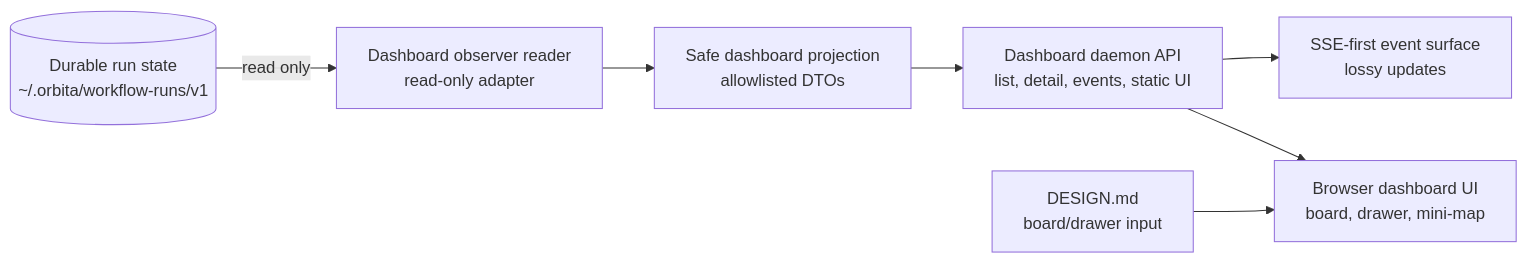
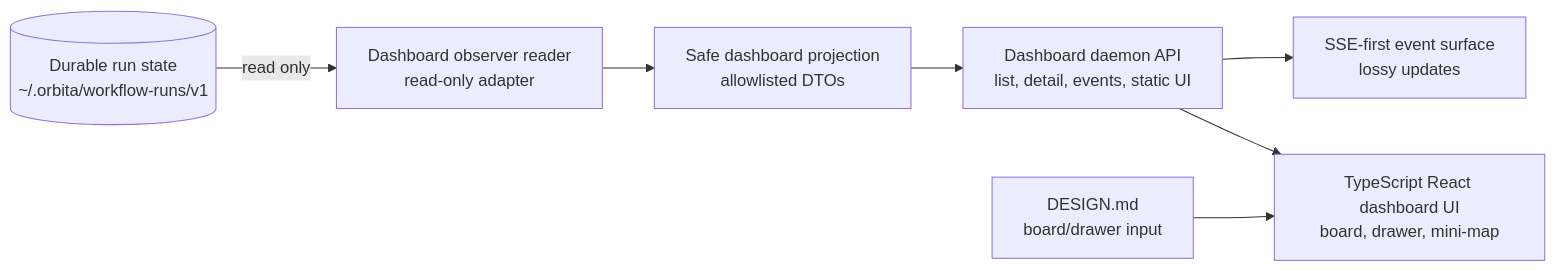
Before and after one commit to MrFlashAccount/UltraSkills: the diagram in skills/orbita/ARCHITECTURE.md, drawn with Mermaid. The commit also changed other lines of this file and 26 other files, not shown here.

Commit message:
Build Orbita dashboard React SPA

````diff
--- a/skills/orbita/ARCHITECTURE.md
+++ b/skills/orbita/ARCHITECTURE.md
@@ -502,17 +511,17 @@
 ```mermaid
 flowchart LR
   runs[(Durable run state\n~/.orbita/workflow-runs/v1)]
   observer[Dashboard observer reader\nread-only adapter]
   projection[Safe dashboard projection\nallowlisted DTOs]
   api[Dashboard daemon API\nlist, detail, events, static UI]
   sse[SSE-first event surface\nlossy updates]
-  ui[Browser dashboard UI\nboard, drawer, mini-map]
+  ui[TypeScript React dashboard UI\nboard, drawer, mini-map]
   design[DESIGN.md\nboard/drawer input]
 
   runs -->|read only| observer
   observer --> projection
   projection --> api
   api --> sse
   api --> ui
   design --> ui
 ```
````
